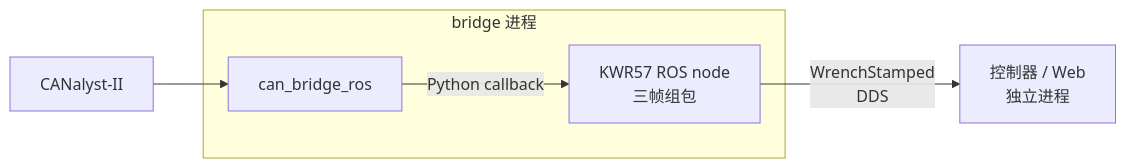
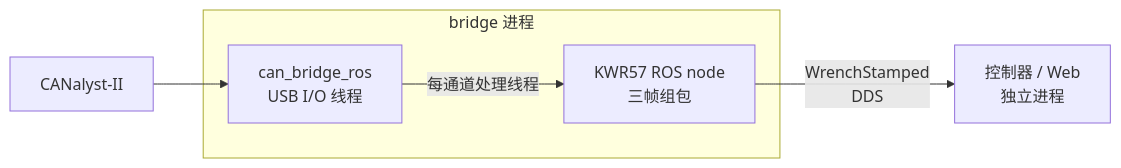
The second of 2 diagrams in src/kwr57_ros/README.md (yizhongzhang1989/Unitree_G1_Workspace), drawn with Mermaid before and after one commit. The commit also changed other lines of this file and 15 other files, not shown here.

````diff
--- a/src/kwr57_ros/README.md
+++ b/src/kwr57_ros/README.md
@@ -20,8 +20,8 @@
 ```mermaid
 flowchart LR
   CAN["CANalyst-II"] --> B
   subgraph P["bridge 进程"]
-    B["can_bridge_ros"] -->|"Python callback"| K["KWR57 ROS node<br/>三帧组包"]
+    B["can_bridge_ros<br/>USB I/O 线程"] -->|"每通道处理线程"| K["KWR57 ROS node<br/>三帧组包"]
   end
   K -->|"WrenchStamped<br/>DDS"| C["控制器 / Web<br/>独立进程"]
 ```
````
